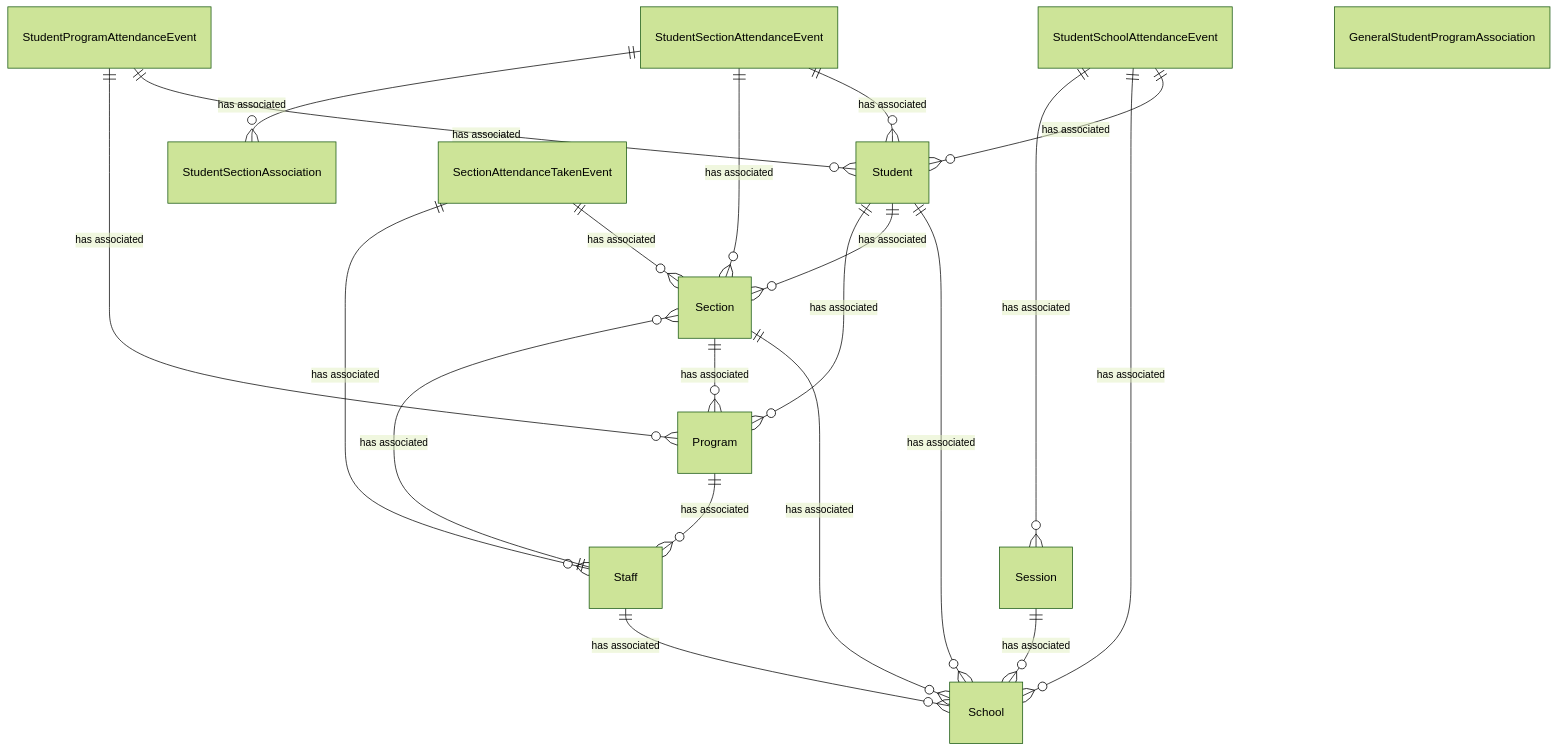
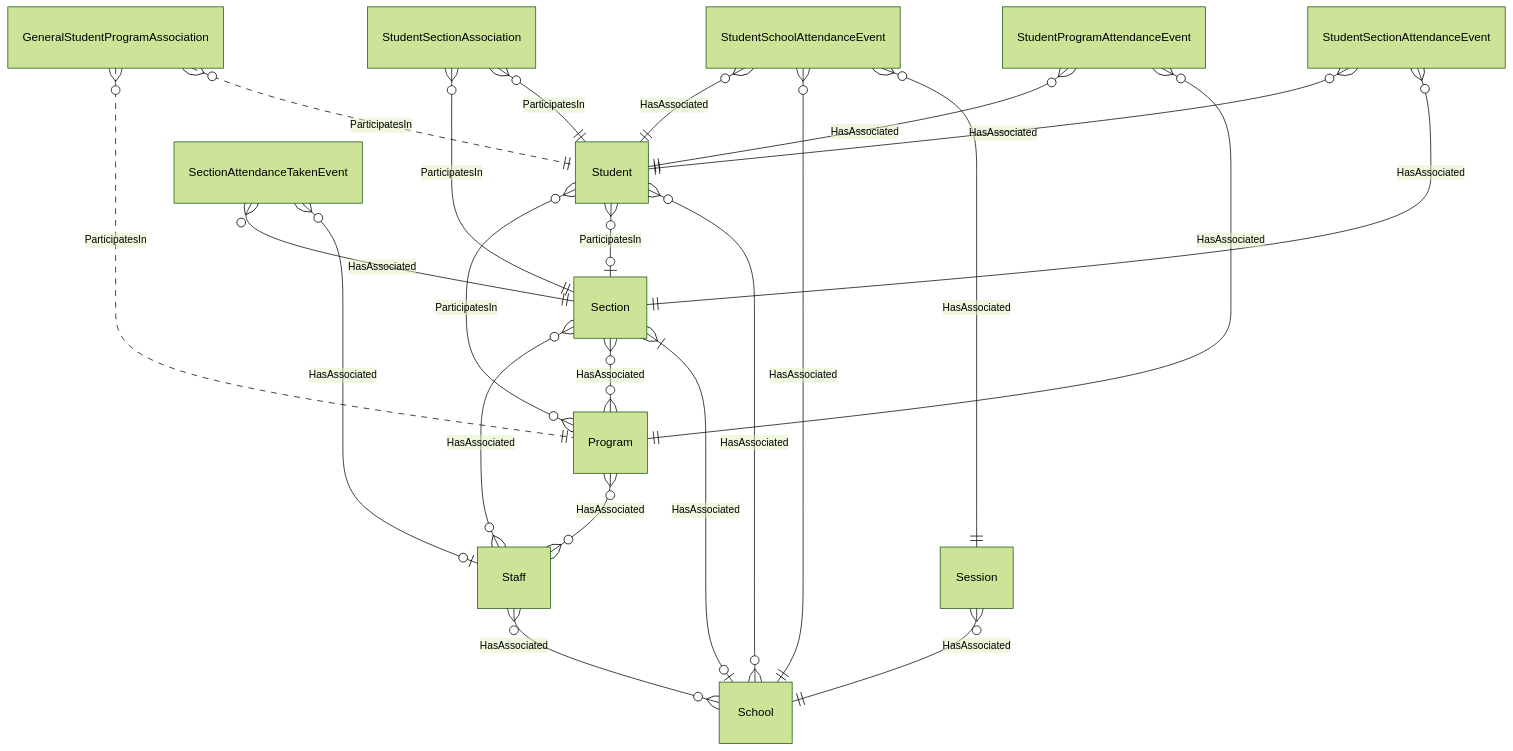
One commit to Ed-Fi-Alliance-OSS/ed-fi-alliance-oss.github.io changed the diagram in dataStandard_versioned_docs/version-6/model-reference/student-attendance-domain/StudentAttendance-simple.mmd. Above: the diagram before and after it, drawn with Mermaid (forest theme). The commit also changed 67 other files, not shown here.

First line of the commit message:
Updated .mmd diagrams with adjusted relationships based on DATASTD-2596

```diff
--- a/dataStandard_versioned_docs/version-6/model-reference/student-attendance-domain/StudentAttendance-simple.mmd
+++ b/dataStandard_versioned_docs/version-6/model-reference/student-attendance-domain/StudentAttendance-simple.mmd
@@ -1,44 +1,47 @@
 erDiagram
     Student {
     }
     StudentSchoolAttendanceEvent {
     }
     StudentSectionAttendanceEvent {
     }
     StudentProgramAttendanceEvent {
     }
     StudentSectionAssociation {
     }
     GeneralStudentProgramAssociation {
     }
     SectionAttendanceTakenEvent {
     }
     Session {
     }
     Section {
     }
     Program {
     }
     School {
     }
     Staff {
     }
-    StudentSchoolAttendanceEvent ||--o{ Student : "has associated"
-    StudentSchoolAttendanceEvent ||--o{ School : "has associated"
-    StudentSchoolAttendanceEvent ||--o{ Session : "has associated"
-    StudentSectionAttendanceEvent ||--o{ Student : "has associated"
-    StudentSectionAttendanceEvent ||--o{ Section : "has associated"
-    StudentSectionAttendanceEvent ||--o{ StudentSectionAssociation : "has associated"
-    StudentProgramAttendanceEvent ||--o{ Student : "has associated"
-    StudentProgramAttendanceEvent ||--o{ Program : "has associated"
-    SectionAttendanceTakenEvent ||--o{ Section : "has associated"
-    SectionAttendanceTakenEvent ||--o{ Staff : "has associated"
-    Student ||--o{ School : "has associated"
-    Student ||--o{ Section : "has associated"
-    Student ||--o{ Program : "has associated"
-    Session ||--o{ School : "has associated"
-    Section ||--o{ School : "has associated"
-    Section ||--o{ Program : "has associated"
-    Program ||--o{ Staff : "has associated"
-    Staff ||--o{ School : "has associated"
-    Staff ||--o{ Section : "has associated"
+    Session }o--|| School : "HasAssociated"
+    Section }|--o| School : "HasAssociated"
+    Section }o--o{ Program : "HasAssociated"
+    SectionAttendanceTakenEvent }o--o| Staff : "HasAssociated"
+    SectionAttendanceTakenEvent }o--|| Section : "HasAssociated"
+    Staff }o--o{ School : "HasAssociated"
+    Staff }o--o{ Section : "HasAssociated"
+    Program }o--o{ Staff : "HasAssociated"
+    StudentProgramAttendanceEvent }o--|| Program : "HasAssociated"
+    StudentProgramAttendanceEvent }o--|| Student : "HasAssociated"
+    StudentSchoolAttendanceEvent }o--|| Session : "HasAssociated"
+    StudentSchoolAttendanceEvent }o--|| School : "HasAssociated"
+    StudentSchoolAttendanceEvent }o--|| Student : "HasAssociated"
+    StudentSectionAttendanceEvent }o--|| Section : "HasAssociated"
+    StudentSectionAttendanceEvent }o--|| Student : "HasAssociated"
+    Student }o--o{ School : "HasAssociated"
+    Student }o--o| Section : "ParticipatesIn"
+    Student }o--o{ Program : "ParticipatesIn"
+    GeneralStudentProgramAssociation }o..|| Student : "ParticipatesIn"
+    GeneralStudentProgramAssociation }o..|| Program : "ParticipatesIn"
+    StudentSectionAssociation }o--|| Student : "ParticipatesIn"
+    StudentSectionAssociation }o--|| Section : "ParticipatesIn"
```
